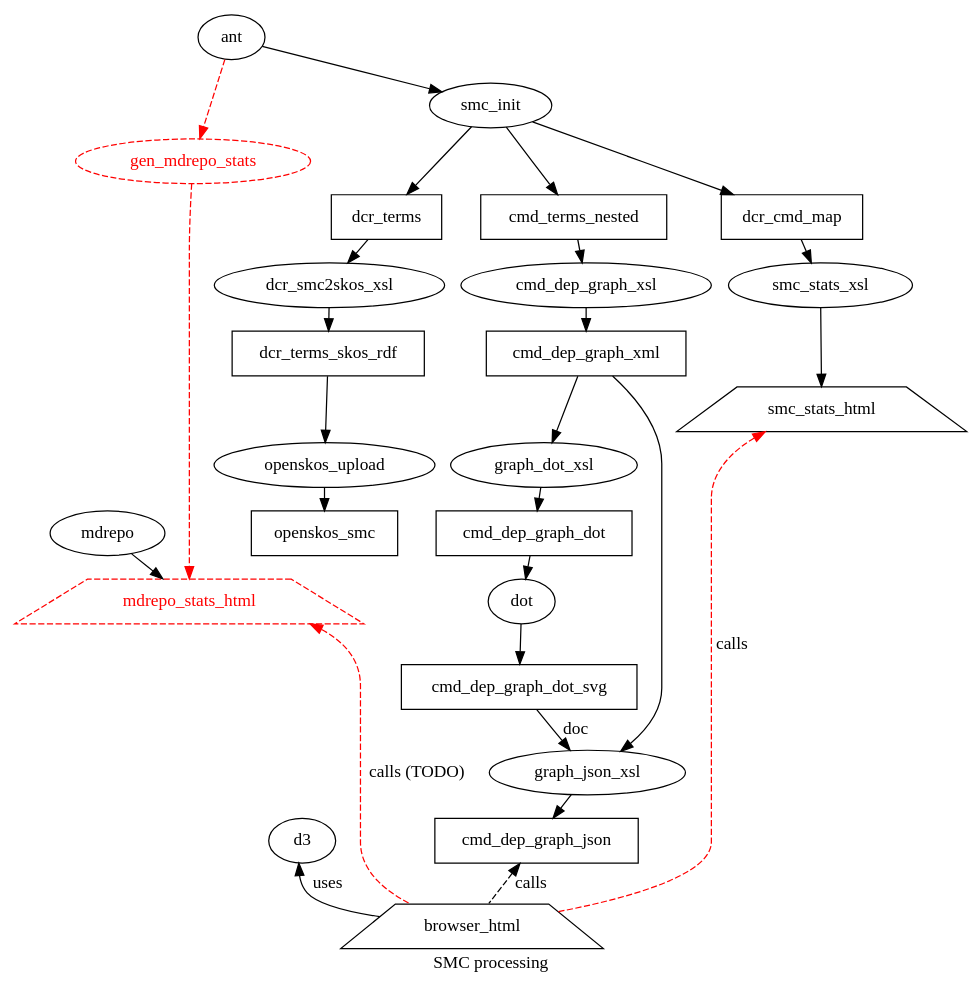
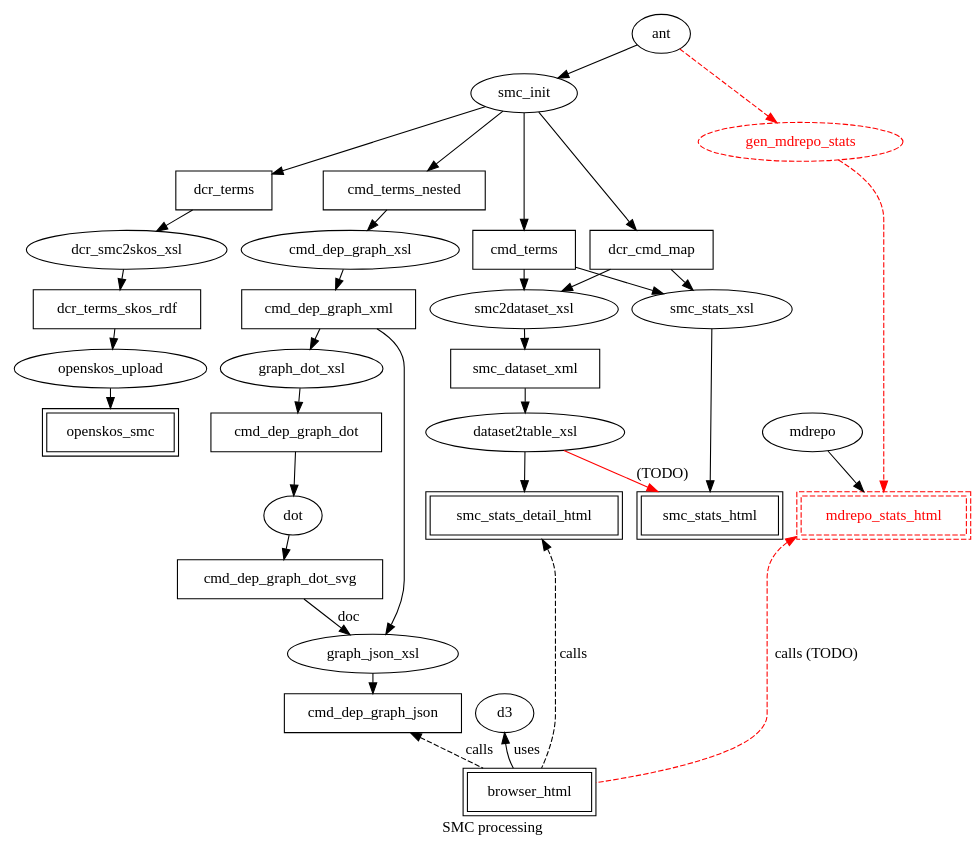
Before and after one commit to acdh-oeaw/graphviewer: the diagram in docs/smc_processing.dot, drawn with Graphviz. The commit also changed 4 other files, not shown here.

Commit message:
adding the main build, + describing visualization of the build; also update of the corresponding (manual) smc_processing-graph

```diff
--- a/docs/smc_processing.dot
+++ b/docs/smc_processing.dot
@@ -1,90 +1,107 @@
 /* 
 
 dot -osmc_processing.png -Tpng smc_processing.dot
 
 */
 digraph smc_processing {
   label="SMC processing";
 	rankdir=TB;
 	size="10,11";		
 	ranksep=0.25;
 	nodesep=0.18;
 
 	/* graph [compound=true,
 		mclimit=4,		
 		remincross=true,
 		nodesep = 0.1;	
 	size="12,12";		
 	];
 	*/
 
 /*
 node [shape=none];
 context;
 term; */
 
+/* data elements */
 node [shape=box];
 dcr_terms;
+cmd_terms;
 cmd_terms_nested;
 dcr_cmd_map;
 cmd_dep_graph_xml;
 cmd_dep_graph_dot;
 cmd_dep_graph_dot_svg;
 cmd_dep_graph_json;
+smc_dataset_xml;
 dcr_terms_skos_rdf;
-openskos_smc;
 
 
+/* processing, code  */
 node [shape=ellipse];
 	ant;
 	mdrepo;
 	gen_mdrepo_stats [color=red,style=dashed, fontcolor=red];
 	d3;
 	dot;
 	smc_init;
 	cmd_dep_graph_xsl;
 	graph_dot_xsl;
 	graph_json_xsl;
 	dcr_smc2skos_xsl;
 	smc_stats_xsl;	
 	openskos_upload;
+	smc2dataset_xsl;
+	dataset2table_xsl;
 
-node [shape=trapezium];
+/* user "interfaces"  - human readable output */ 
+node [shape=box, peripheries=2];
 smc_stats_html;
 browser_html;
 mdrepo_stats_html [color=red,style=dashed, fontcolor=red];
+smc_stats_detail_html;
+openskos_smc;
+
 
 	subgraph order {
 	rank=same;
-	
-		dot;
+	dot;
+		smc_stats_html;
 		mdrepo_stats_html;
-	
+		smc_stats_detail_html;
 	}
 
 /* context -> list;
 term -> map; */
 
 
 ant -> smc_init -> cmd_terms_nested;
 smc_init -> dcr_cmd_map;
 smc_init -> dcr_terms;
+smc_init -> cmd_terms;
 cmd_terms_nested -> cmd_dep_graph_xsl -> cmd_dep_graph_xml;
 
 cmd_dep_graph_xml -> graph_dot_xsl -> cmd_dep_graph_dot  -> dot -> cmd_dep_graph_dot_svg; 
 
 cmd_dep_graph_xml -> graph_json_xsl -> cmd_dep_graph_json; 
 cmd_dep_graph_dot_svg -> graph_json_xsl [label="doc"];
 
 d3 -> browser_html [dir=back, label=uses];
 cmd_dep_graph_json -> browser_html [dir=back, style=dashed, label=calls];
-smc_stats_html -> browser_html [dir=back, style=dashed, label=calls, color=red];
+smc_stats_detail_html -> browser_html [dir=back, style=dashed, label=calls];
 mdrepo -> mdrepo_stats_html;
 ant -> gen_mdrepo_stats ->  mdrepo_stats_html [color=red,style=dashed];
 mdrepo_stats_html -> browser_html [dir=back, style=dashed, label="calls (TODO)", color=red];
 
 
 dcr_cmd_map -> smc_stats_xsl -> smc_stats_html; 
+cmd_terms -> smc_stats_xsl;
+dcr_cmd_map -> smc2dataset_xsl -> smc_dataset_xml -> dataset2table_xsl -> smc_stats_detail_html;
+cmd_terms -> smc2dataset_xsl;
+
+dataset2table_xsl -> smc_stats_html [label="(TODO)", color=red];
+
 dcr_terms -> dcr_smc2skos_xsl -> dcr_terms_skos_rdf -> openskos_upload -> openskos_smc;
 
+
 }
```
